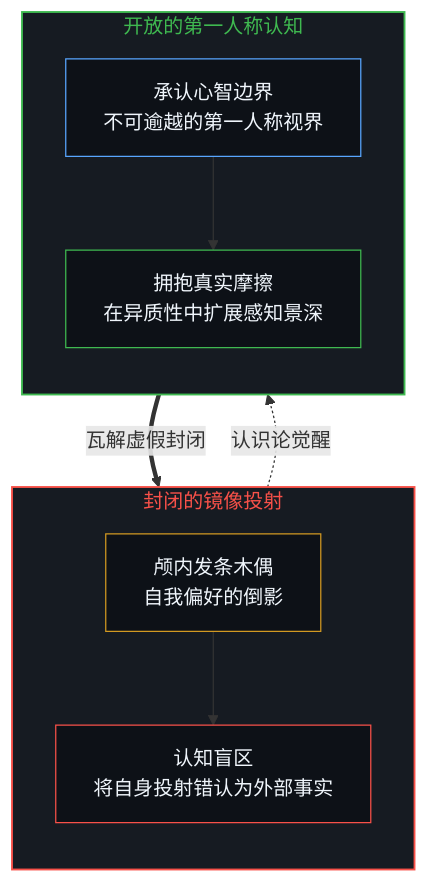
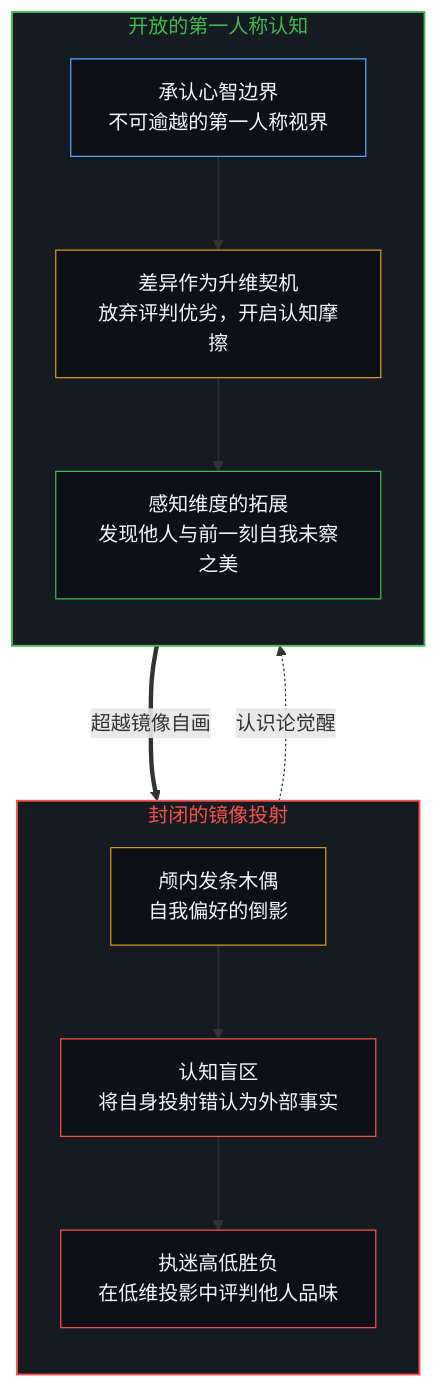
Before and after one commit to powerpig99/not-a-toe: the seventh of 8 diagrams in content/posts/the-self-portrait-in-the-projection.md, drawn with Mermaid. The commit also changed other lines of this file and 4 other files, not shown here.

````diff
--- a/content/posts/the-self-portrait-in-the-projection.md
+++ b/content/posts/the-self-portrait-in-the-projection.md
@@ -201,23 +205,29 @@
 ```mermaid
 flowchart TD
   subgraph S_MIRROR["封闭的镜像投射"]
     direction TB
     M_PUPPET["颅内发条木偶<br/>自我偏好的倒影"]
     M_BLIND["认知盲区<br/>将自身投射错认为外部事实"]
+    M_JUDGE["执迷高低胜负<br/>在低维投影中评判他人品味"]
   end
   subgraph S_OPEN["开放的第一人称认知"]
     direction TB
     O_BOUNDARY["承认心智边界<br/>不可逾越的第一人称视界"]
-    O_FRICTION["拥抱真实摩擦<br/>在异质性中扩展感知景深"]
+    O_DIFF["差异作为升维契机<br/>放弃评判优劣，开启认知摩擦"]
+    O_EXPAND["感知维度的拓展<br/>发现他人与前一刻自我未察之美"]
   end
   M_PUPPET --> M_BLIND
-  M_BLIND -.->|"认识论觉醒"| O_BOUNDARY
-  O_BOUNDARY --> O_FRICTION
-  O_FRICTION ==>|"瓦解虚假封闭"| M_PUPPET
+  M_BLIND --> M_JUDGE
+  M_JUDGE -.->|"认识论觉醒"| O_BOUNDARY
+  O_BOUNDARY --> O_DIFF
+  O_DIFF --> O_EXPAND
+  O_EXPAND ===>|"超越镜像自画"| M_PUPPET
   style S_MIRROR fill:#161b22,stroke:#f85149,stroke-width:1.5px,color:#f85149
   style S_OPEN fill:#161b22,stroke:#3fb950,stroke-width:1.5px,color:#3fb950
   style M_PUPPET fill:#0d1117,stroke:#d29922,stroke-width:1px,color:#f0f6fc
   style M_BLIND fill:#0d1117,stroke:#f85149,stroke-width:1px,color:#f0f6fc
+  style M_JUDGE fill:#0d1117,stroke:#f85149,stroke-width:1px,color:#f0f6fc
   style O_BOUNDARY fill:#0d1117,stroke:#58a6ff,stroke-width:1px,color:#f0f6fc
-  style O_FRICTION fill:#0d1117,stroke:#3fb950,stroke-width:1px,color:#f0f6fc
+  style O_DIFF fill:#0d1117,stroke:#d29922,stroke-width:1px,color:#f0f6fc
+  style O_EXPAND fill:#0d1117,stroke:#3fb950,stroke-width:1px,color:#f0f6fc
 ```
````
